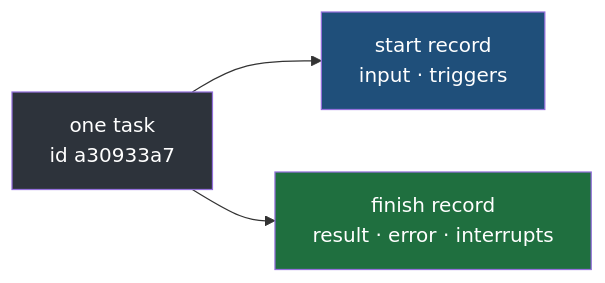
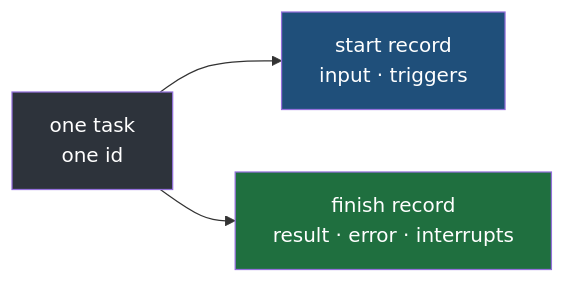
The third of 6 diagrams in AI-Engineering/09-LangGraph-Streaming/04-Tasks-Checkpoints-Debug.md (Dummy-Bug/system-design-handbook), drawn with Mermaid before and after one commit. The commit also changed other lines of this file and 5 other files, not shown here.

````diff
--- a/AI-Engineering/09-LangGraph-Streaming/04-Tasks-Checkpoints-Debug.md
+++ b/AI-Engineering/09-LangGraph-Streaming/04-Tasks-Checkpoints-Debug.md
@@ -111,8 +125,8 @@
 ```mermaid
 flowchart LR
-    T["one task<br/>id a30933a7"] --> S["start record<br/>input · triggers"]
+    T["one task<br/>one id"] --> S["start record<br/>input · triggers"]
     T --> F["finish record<br/>result · error · interrupts"]
     style T fill:#2d333b,color:#fff
     style S fill:#1f4f7a,color:#fff
     style F fill:#1f6f3f,color:#fff
 ```
````
